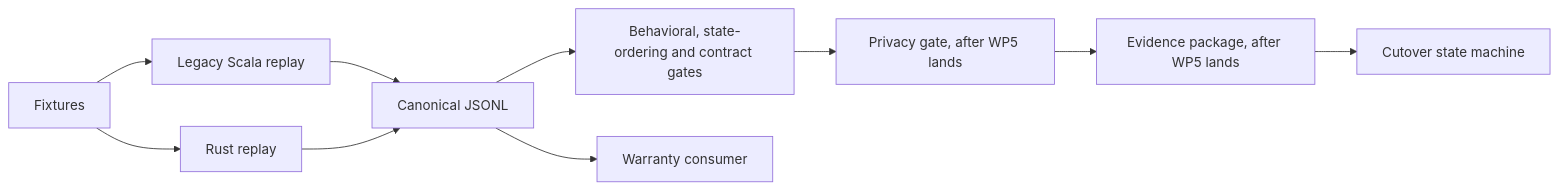
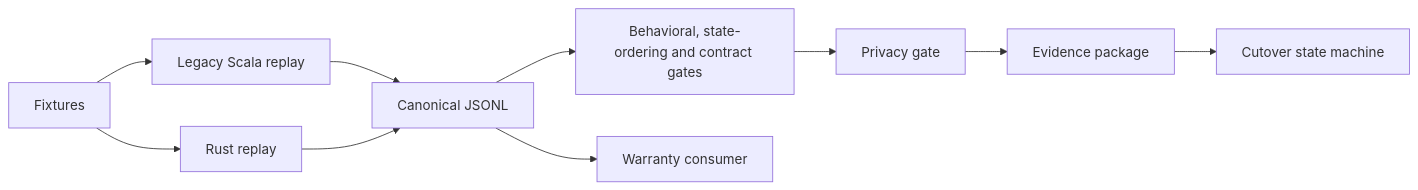
The first of 2 diagrams in docs/architecture.md (xlm/devin-lucid-demo), drawn with Mermaid before and after one commit. The commit also changed other lines of this file and 5 other files, not shown here.

````diff
--- a/docs/architecture.md
+++ b/docs/architecture.md
@@ -27,12 +25,12 @@
 ```mermaid
 flowchart LR
     F[Fixtures] --> L[Legacy Scala replay]
     F --> R[Rust replay]
     L --> J[Canonical JSONL]
     R --> J
     J --> G[Behavioral, state-ordering and contract gates]
-    G --> P[Privacy gate, after WP5 lands]
-    P --> E[Evidence package, after WP5 lands]
+    G --> P[Privacy gate]
+    P --> E[Evidence package]
     E --> C[Cutover state machine]
     J --> W[Warranty consumer]
 ```
````
